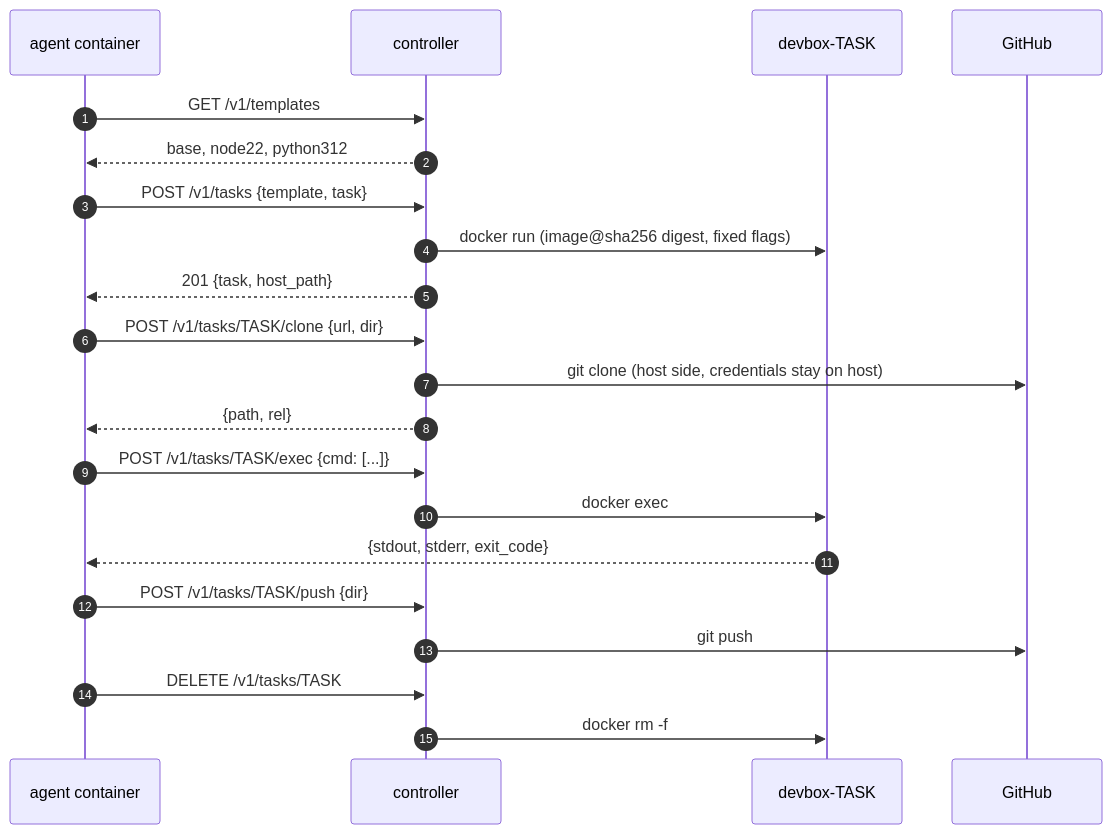
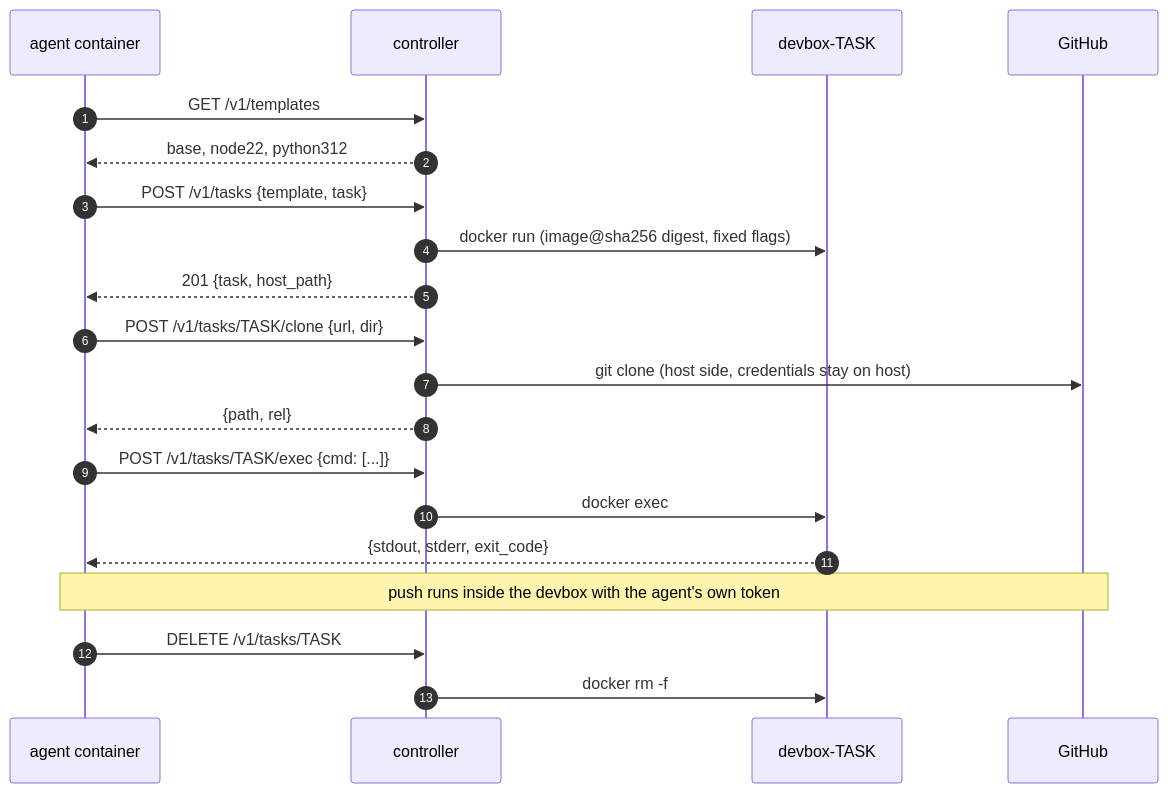
The second of 2 diagrams in README.md (sysnapse/devbox-controller), drawn with Mermaid before and after one commit. The commit also changed other lines of this file, not shown here.

Commit message:
feat(controller)!: drop dc push; pushing happens inside the devbox with the agent's own token :: README.md

````diff
--- a/README.md
+++ b/README.md
@@ -36,24 +36,23 @@
 ```mermaid
 sequenceDiagram
     autonumber
     participant Agent as agent container
     participant Ctrl as controller
     participant Dev as devbox-TASK
     participant GH as GitHub
 
     Agent->>Ctrl: GET /v1/templates
     Ctrl-->>Agent: base, node22, python312
     Agent->>Ctrl: POST /v1/tasks {template, task}
     Ctrl->>Dev: docker run (image@sha256 digest, fixed flags)
     Ctrl-->>Agent: 201 {task, host_path}
     Agent->>Ctrl: POST /v1/tasks/TASK/clone {url, dir}
     Ctrl->>GH: git clone (host side, credentials stay on host)
     Ctrl-->>Agent: {path, rel}
     Agent->>Ctrl: POST /v1/tasks/TASK/exec {cmd: [...]}
     Ctrl->>Dev: docker exec
     Dev-->>Agent: {stdout, stderr, exit_code}
-    Agent->>Ctrl: POST /v1/tasks/TASK/push {dir}
-    Ctrl->>GH: git push
+    Note over Agent,GH: push runs inside the devbox with the agent's own token
     Agent->>Ctrl: DELETE /v1/tasks/TASK
     Ctrl->>Dev: docker rm -f
 ```
````
